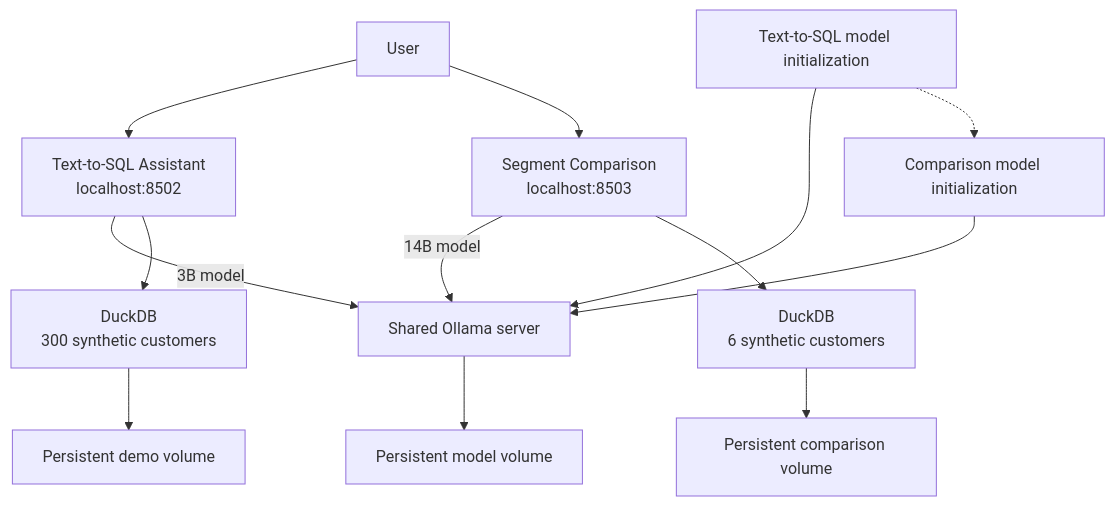
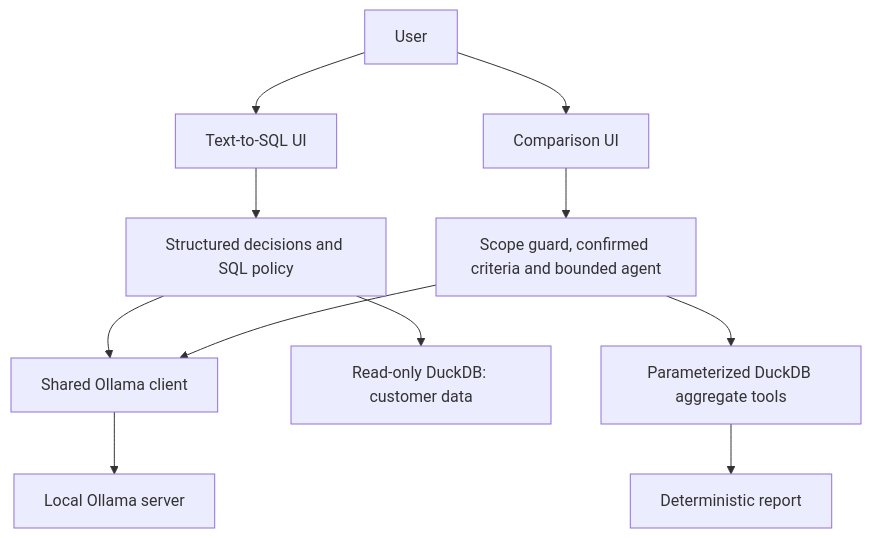
Before and after one commit to SL14-SL/llm-customer-segmentation-assistant: the diagram in README.md, drawn with Mermaid. The commit also changed other lines of this file and 109 other files, not shown here.

First line of the commit message:
Improve application architecture, reliability and validation (#7)

````diff
--- a/README.md
+++ b/README.md
@@ -271,21 +130,13 @@
 ```mermaid
 flowchart TD
-    U["User"]
-
-    U --> A["Text-to-SQL Assistant<br/>localhost:8502"]
-    U --> B["Segment Comparison<br/>localhost:8503"]
-
-    A -->|"3B model"| O["Shared Ollama server"]
-    B -->|"14B model"| O
-
-    A --> D1["DuckDB<br/>300 synthetic customers"]
-    B --> D2["DuckDB<br/>6 synthetic customers"]
-
-    O --> V1["Persistent model volume"]
-    D1 --> V2["Persistent demo volume"]
-    D2 --> V3["Persistent comparison volume"]
-
-    M1["Text-to-SQL model initialization"] --> O
-    M2["Comparison model initialization"] --> O
-    M1 -.-> M2
+    U[User] --> T[Text-to-SQL UI]
+    U --> C[Comparison UI]
+    T --> A[Structured decisions and SQL policy]
+    C --> B[Scope guard, confirmed criteria and bounded agent]
+    A --> L[Shared Ollama client]
+    B --> L
+    L --> O[Local Ollama server]
+    A --> D1[Read-only DuckDB: customer data]
+    B --> D2[Parameterized DuckDB aggregate tools]
+    D2 --> R[Deterministic report]
 ```
````
